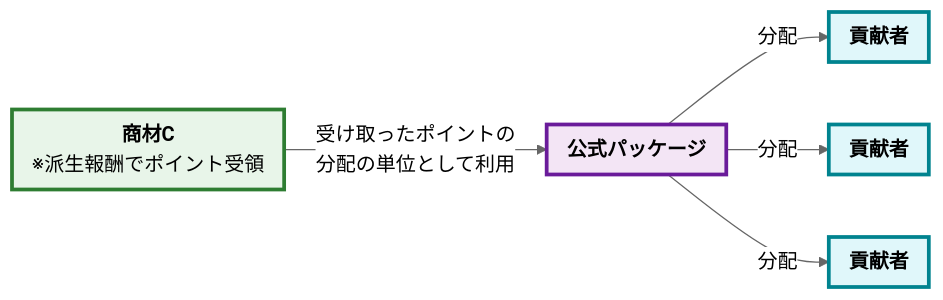
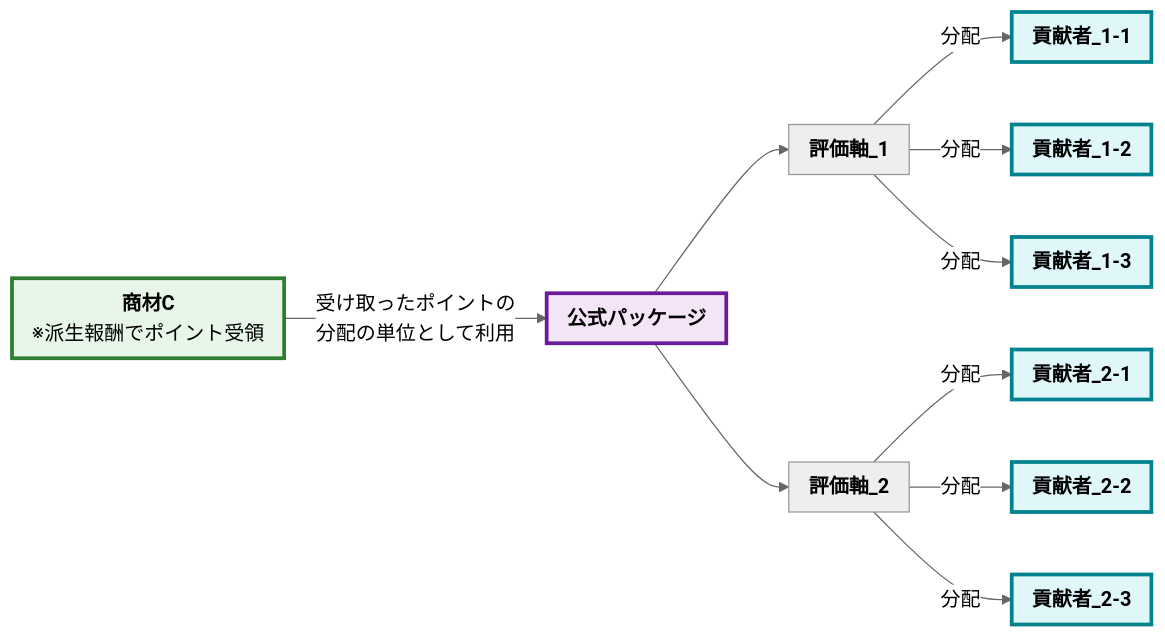
The third of 5 diagrams in doc/freeism/note/note.ja.md (yuichisugio/freeism), drawn with Mermaid (neutral theme) before and after one commit.

````diff
--- a/doc/freeism/note/note.ja.md
+++ b/doc/freeism/note/note.ja.md
@@ -83,22 +83,35 @@
 ```mermaid
 flowchart LR
 
   %%{init: {'flowchart': {'padding': 0}}}%%
 
     C2["<b>商材C</b><br>※派生報酬でポイント受領"]
     OP["<b>公式パッケージ</b>"]
-    P1["<b>貢献者</b>"]
-    P2["<b>貢献者</b>"]
-    Pn["<b>貢献者</b>"]
+    P1-1["<b>貢献者_1-1</b>"]
+    P1-2["<b>貢献者_1-2</b>"]
+    P1-3["<b>貢献者_1-3</b>"]
+    P2-1["<b>貢献者_2-1</b>"]
+    P2-2["<b>貢献者_2-2</b>"]
+    P2-3["<b>貢献者_2-3</b>"]
+    R1["<b>評価軸_1</b>"]
+    R2["<b>評価軸_2</b>"]
 
     C2 -->|"受け取ったポイントの<br/>分配の単位として利用"| OP
-    OP -->|"分配"| P1
-    OP -->|"分配"| P2
-    OP -->|"分配"| Pn
+    OP  --> R1
+    OP  --> R2
+    R1 -->|"分配"| P1-1
+    R1 -->|"分配"| P1-2
+    R1 -->|"分配"| P1-3
+    R2 -->|"分配"| P2-1
+    R2 -->|"分配"| P2-2
+    R2 -->|"分配"| P2-3
 
     style C2 fill:#e8f5e9,stroke:#2e7d32,stroke-width:3px,color:#000
     style OP fill:#f3e5f5,stroke:#6a1b9a,stroke-width:3px,color:#000
-    style P1 fill:#e0f7fa,stroke:#00838f,stroke-width:3px,color:#000
-    style P2 fill:#e0f7fa,stroke:#00838f,stroke-width:3px,color:#000
-    style Pn fill:#e0f7fa,stroke:#00838f,stroke-width:3px,color:#000
+    style P1-1 fill:#e0f7fa,stroke:#00838f,stroke-width:3px,color:#000
+    style P1-2 fill:#e0f7fa,stroke:#00838f,stroke-width:3px,color:#000
+    style P1-3 fill:#e0f7fa,stroke:#00838f,stroke-width:3px,color:#000
+    style P2-1 fill:#e0f7fa,stroke:#00838f,stroke-width:3px,color:#000
+    style P2-2 fill:#e0f7fa,stroke:#00838f,stroke-width:3px,color:#000
+    style P2-3 fill:#e0f7fa,stroke:#00838f,stroke-width:3px,color:#000
 ```
````
